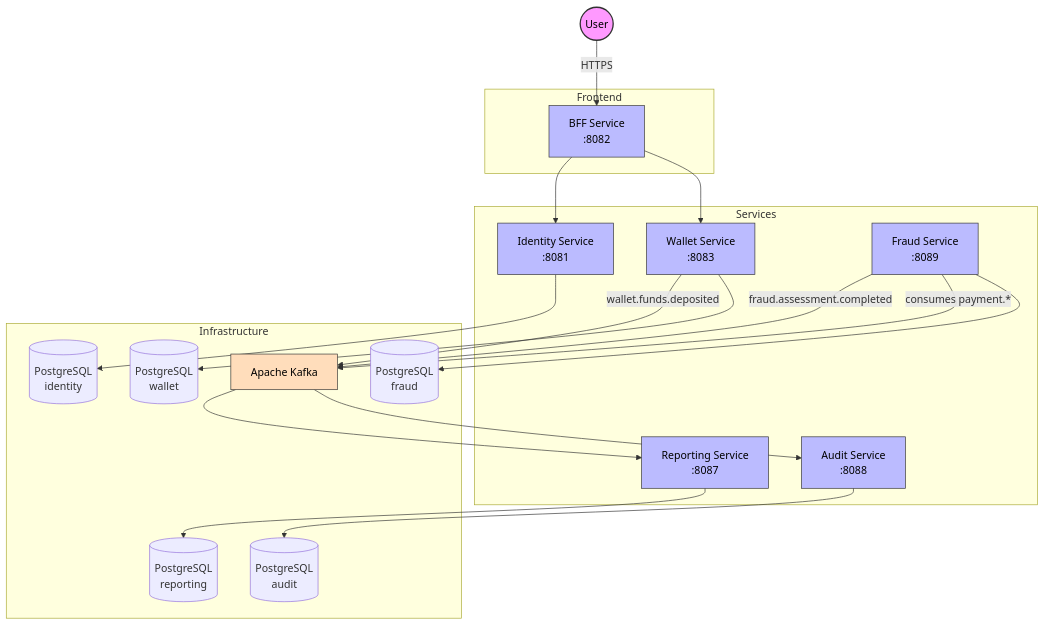
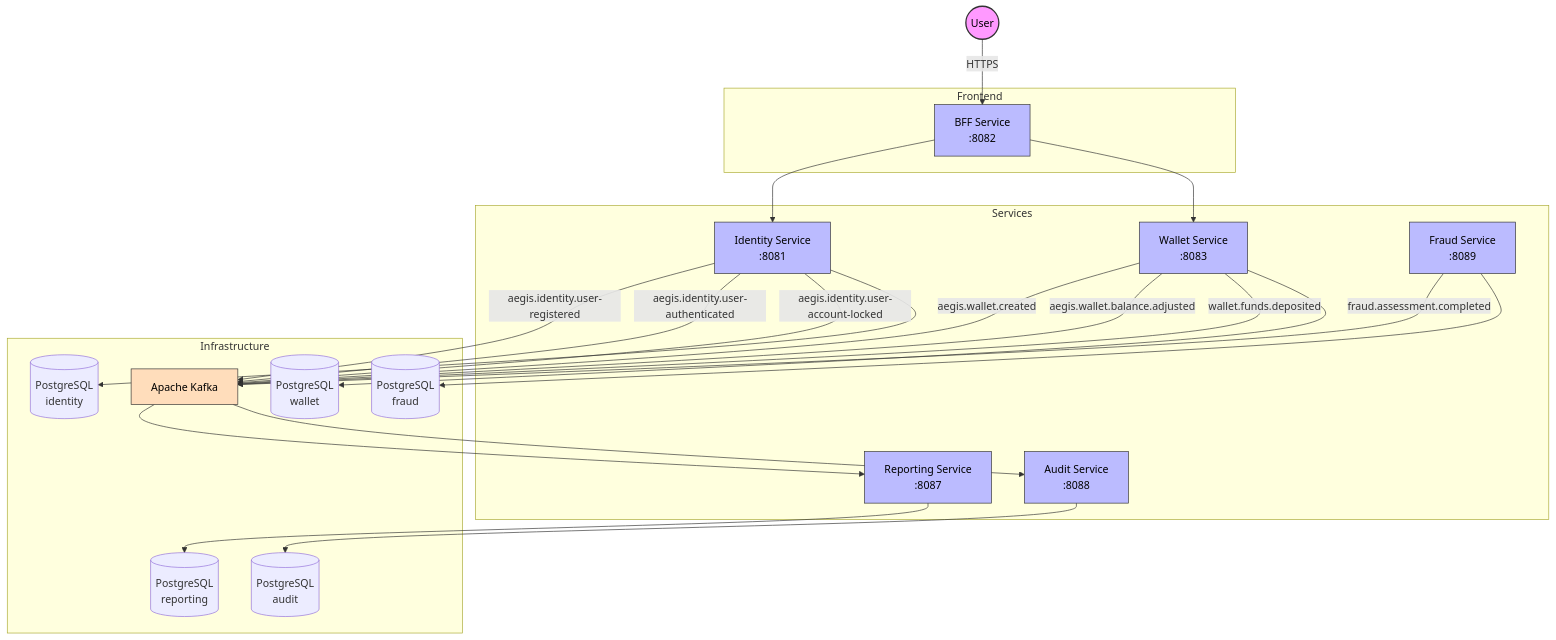
Before and after one commit to AlexAlvarezGallardo-GitHub/Aegis: the first of 3 diagrams in docs/obsidian/00 - Overview/Aegis Platform.md, drawn with Mermaid. The commit also changed other lines of this file and 87 other files, not shown here.

````diff
--- a/docs/obsidian/00 - Overview/Aegis Platform.md
+++ b/docs/obsidian/00 - Overview/Aegis Platform.md
@@ -11,42 +11,46 @@
 ```mermaid
 graph TB
     subgraph Frontend
         BFF["BFF Service<br/>:8082"]
     end
     subgraph Services
         Identity["Identity Service<br/>:8081"]
         Wallet["Wallet Service<br/>:8083"]
         Fraud["Fraud Service<br/>:8089"]
         Report["Reporting Service<br/>:8087"]
         Audit["Audit Service<br/>:8088"]
     end
     subgraph Infrastructure
         Kafka["Apache Kafka"]
         PG1[("PostgreSQL<br/>identity")]
         PG2[("PostgreSQL<br/>wallet")]
         PG3[("PostgreSQL<br/>reporting")]
         PG4[("PostgreSQL<br/>audit")]
         PG5[("PostgreSQL<br/>fraud")]
     end
     User((User)) -->|HTTPS| BFF
     BFF --> Identity
     BFF --> Wallet
+    Identity -->|aegis.identity.user-registered| Kafka
+    Identity -->|aegis.identity.user-authenticated| Kafka
+    Identity -->|aegis.identity.user-account-locked| Kafka
+    Wallet -->|aegis.wallet.created| Kafka
+    Wallet -->|aegis.wallet.balance.adjusted| Kafka
     Wallet -->|wallet.funds.deposited| Kafka
     Fraud -->|fraud.assessment.completed| Kafka
-    Fraud -->|consumes payment.*| Kafka
     Kafka --> Report
     Kafka --> Audit
     Identity --> PG1
     Wallet --> PG2
     Report --> PG3
     Audit --> PG4
     Fraud --> PG5
     style User fill:#f9f,stroke:#333,stroke-width:2px,color:#000
     style BFF fill:#bbf,stroke:#333,color:#000
     style Identity fill:#bbf,stroke:#333,color:#000
     style Wallet fill:#bbf,stroke:#333,color:#000
     style Report fill:#bbf,stroke:#333,color:#000
     style Audit fill:#bbf,stroke:#333,color:#000
     style Fraud fill:#bbf,stroke:#333,color:#000
     style Kafka fill:#fdb,stroke:#333,color:#000
 ```
````
